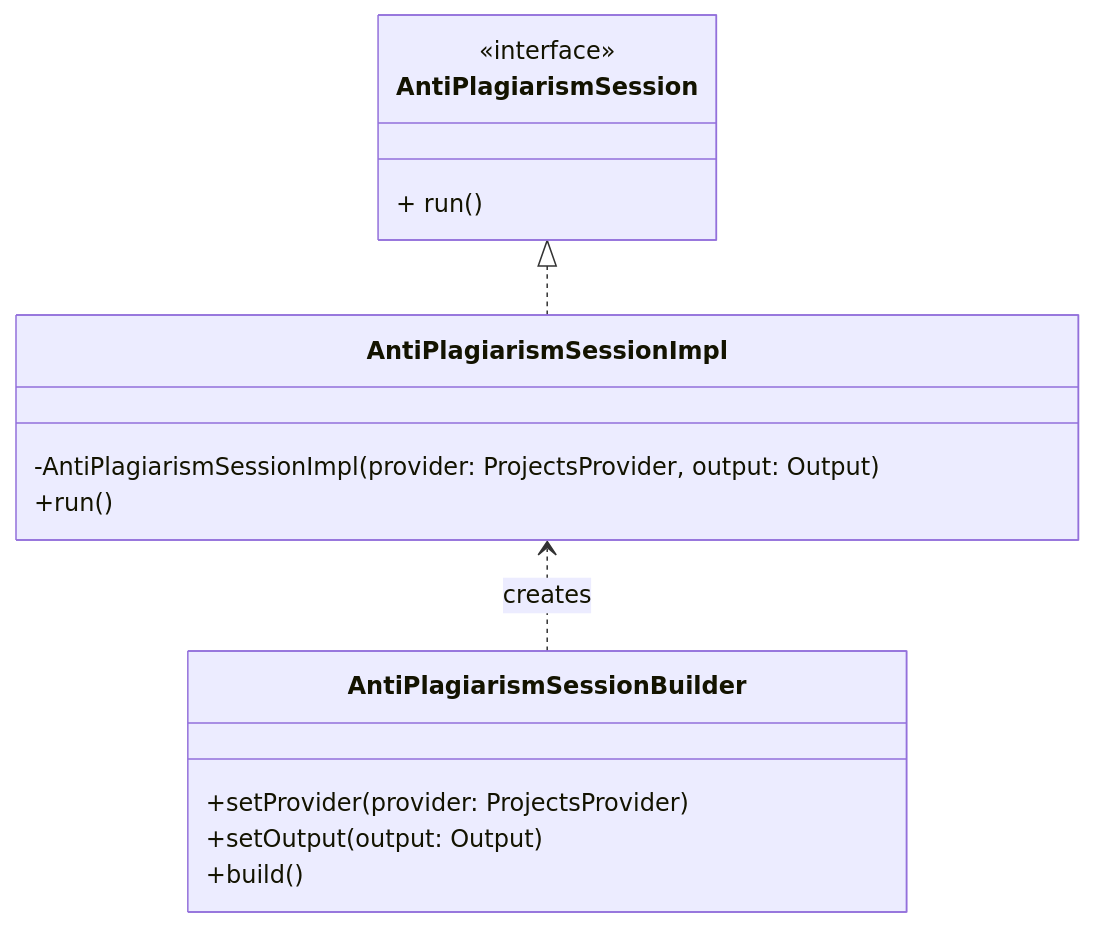
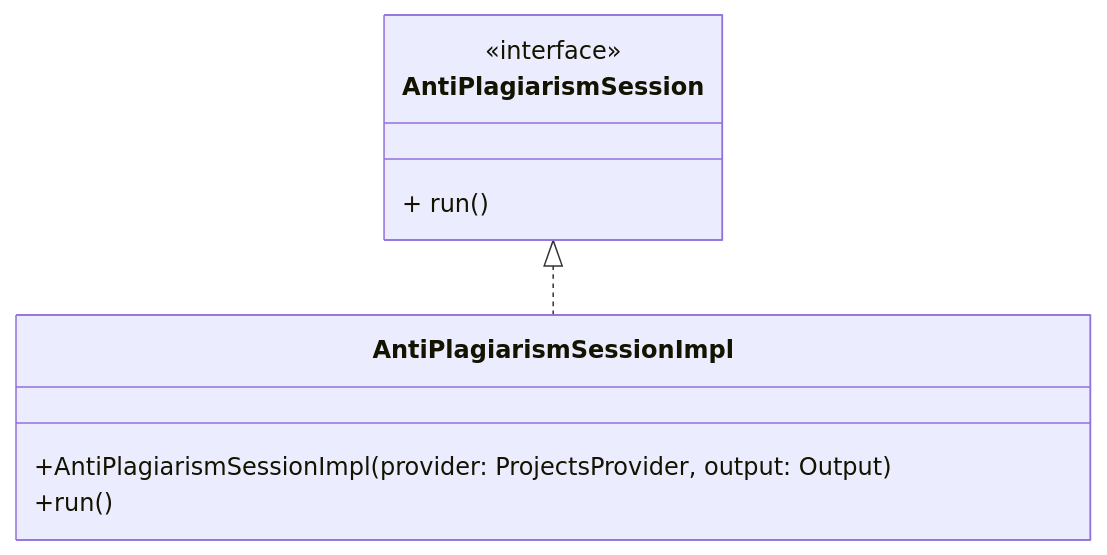
One commit to tassiLuca/code-plagiarism-detector-doc changed the seventh of 8 diagrams in doc.md. Above: the diagram before and after it, drawn with Mermaid. The commit also changed other lines of this file, not shown here.

Commit message:
docs: corrections provider design

````diff
--- a/doc.md
+++ b/doc.md
@@ -230,21 +248,14 @@
 ```mermaid
 classDiagram
     direction BT
     class AntiPlagiarismSession {
         <<interface>>
         + run()
     }
 
     class AntiPlagiarismSessionImpl {
-        -AntiPlagiarismSessionImpl(provider: ProjectsProvider, output: Output)
+        +AntiPlagiarismSessionImpl(provider: ProjectsProvider, output: Output)
         +run()
     }
     AntiPlagiarismSessionImpl ..|> AntiPlagiarismSession
-
-    class AntiPlagiarismSessionBuilder {
-        +setProvider(provider: ProjectsProvider)
-        +setOutput(output: Output)
-        +build()
-    }
-    AntiPlagiarismSessionBuilder ..> AntiPlagiarismSessionImpl: creates
 ```
````
